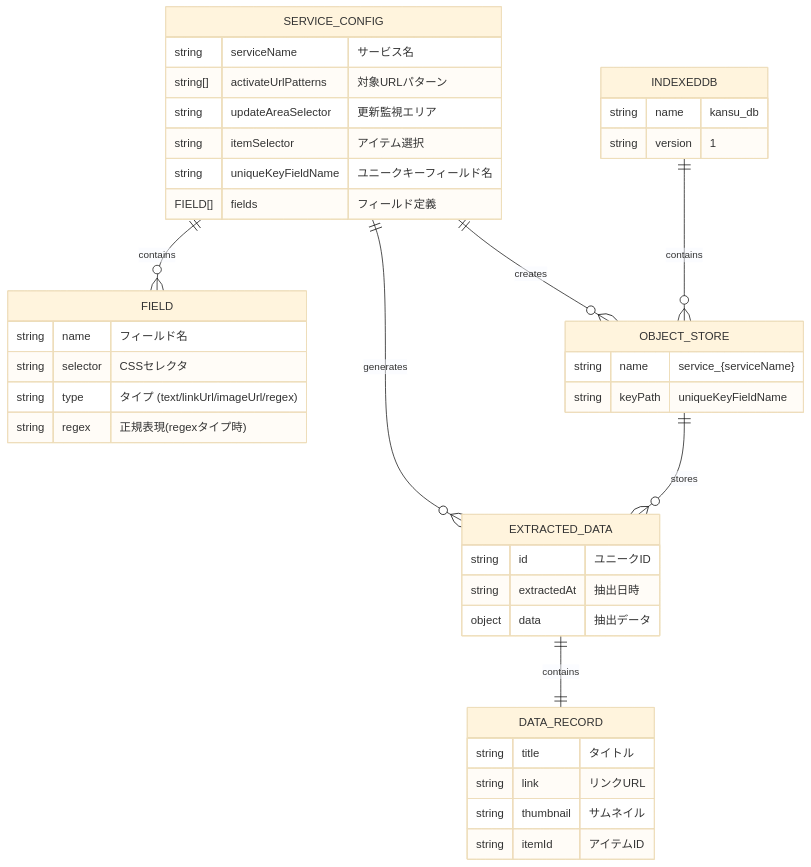
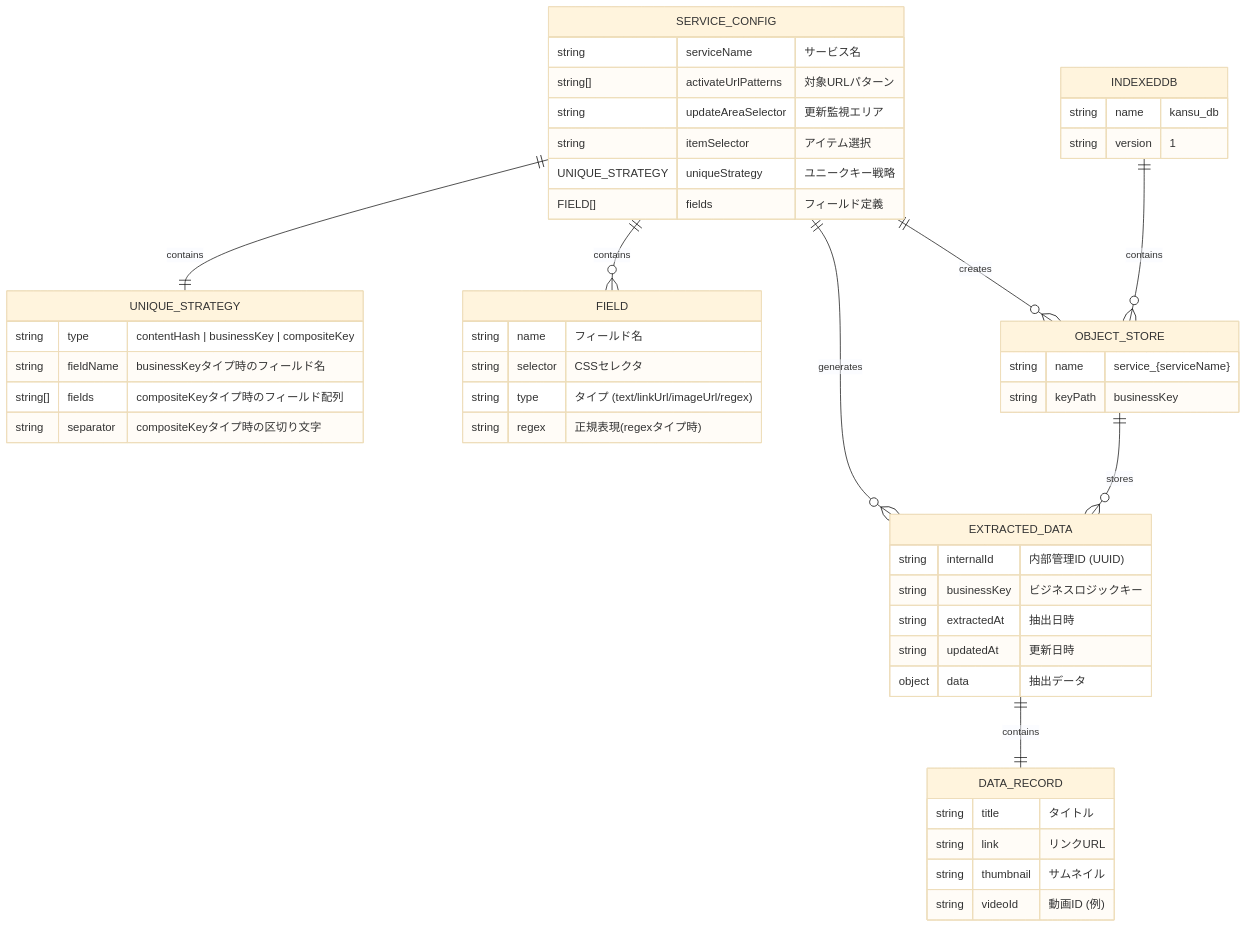
Before and after one commit to okathira-dev/kansu-infinite-scroll-archiver: the fourth of 4 diagrams in docs/implementation_guide.md, drawn with Mermaid (base theme). The commit also changed other lines of this file and 2 other files, not shown here.

````diff
--- a/docs/implementation_guide.md
+++ b/docs/implementation_guide.md
@@ -263,49 +263,59 @@
 ```mermaid
 erDiagram
     SERVICE_CONFIG {
         string serviceName "サービス名"
         string[] activateUrlPatterns "対象URLパターン"
         string updateAreaSelector "更新監視エリア"
         string itemSelector "アイテム選択"
-        string uniqueKeyFieldName "ユニークキーフィールド名"
+        UNIQUE_STRATEGY uniqueStrategy "ユニークキー戦略"
         FIELD[] fields "フィールド定義"
+    }
+    
+    UNIQUE_STRATEGY {
+        string type "contentHash | businessKey | compositeKey"
+        string fieldName "businessKeyタイプ時のフィールド名"
+        string[] fields "compositeKeyタイプ時のフィールド配列"
+        string separator "compositeKeyタイプ時の区切り文字"
     }
     
     FIELD {
         string name "フィールド名"
         string selector "CSSセレクタ"
         string type "タイプ (text/linkUrl/imageUrl/regex)"
         string regex "正規表現(regexタイプ時)"
     }
     
     EXTRACTED_DATA {
-        string id "ユニークID"
+        string internalId "内部管理ID (UUID)"
+        string businessKey "ビジネスロジックキー"
         string extractedAt "抽出日時"
+        string updatedAt "更新日時"
         object data "抽出データ"
     }
     
     DATA_RECORD {
         string title "タイトル"
         string link "リンクURL"
         string thumbnail "サムネイル"
-        string itemId "アイテムID"
+        string videoId "動画ID (例)"
     }
     
     INDEXEDDB {
         string name "kansu_db"
         string version "1"
     }
     
     OBJECT_STORE {
         string name "service_{serviceName}"
-        string keyPath "uniqueKeyFieldName"
+        string keyPath "businessKey"
     }
     
     %% 関係
+    SERVICE_CONFIG ||--|| UNIQUE_STRATEGY : "contains"
     SERVICE_CONFIG ||--o{ FIELD : "contains"
     SERVICE_CONFIG ||--o{ EXTRACTED_DATA : "generates"
     EXTRACTED_DATA ||--|| DATA_RECORD : "contains"
     INDEXEDDB ||--o{ OBJECT_STORE : "contains"
     OBJECT_STORE ||--o{ EXTRACTED_DATA : "stores"
     SERVICE_CONFIG ||--o{ OBJECT_STORE : "creates"
 ```
````
